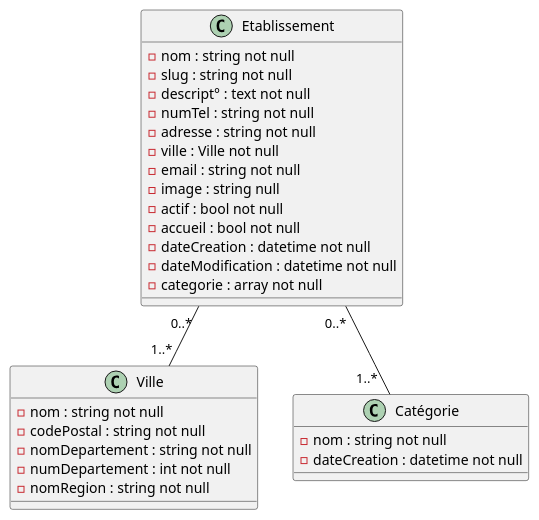
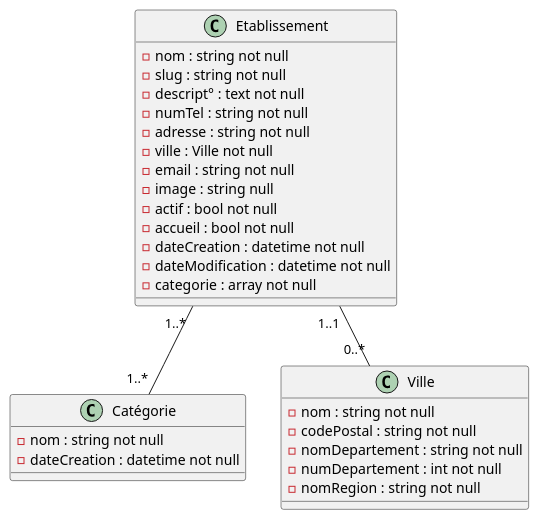
Before and after one commit to DUTREUXAlexis/FC_TourismeBts: the diagram in documentation/Diagramme de classe.puml, drawn with PlantUML.

Commit message:
diag class

```diff
--- a/documentation/Diagramme de classe.puml
+++ b/documentation/Diagramme de classe.puml
@@ -1,41 +1,46 @@
 @startuml
 'https://plantuml.com/class-diagram
+
+
+class Catégorie {
+
+-nom : string not null
+-dateCreation : datetime not null
+
+}
+
+class Ville {
+
+-nom : string not null
+-codePostal : string not null
+-nomDepartement : string not null
+-numDepartement : int not null
+-nomRegion : string not null
+
+}
 
 class Etablissement {
 
 -nom : string not null
 -slug : string not null
 -descript° : text not null
 -numTel : string not null
 -adresse : string not null
 -ville : Ville not null
 -email : string not null
 -image : string null
 -actif : bool not null
 -accueil : bool not null
 -dateCreation : datetime not null
 -dateModification : datetime not null
 -categorie : array not null
 
 }
 
-class Ville {
 
--nom : string not null
--codePostal : string not null
--nomDepartement : string not null
--numDepartement : int not null
--nomRegion : string not null
 
-}
 
-class Catégorie {
 
--nom : string not null
--dateCreation : datetime not null
-
-}
-
-Etablissement "0..* " -- "1..*  "Catégorie
-Etablissement "0..* "-- "1..*"Ville
+Etablissement "1..* " -- "1..* " Catégorie
+Etablissement "1..1 "-- "0..*"Ville
 @enduml
```
